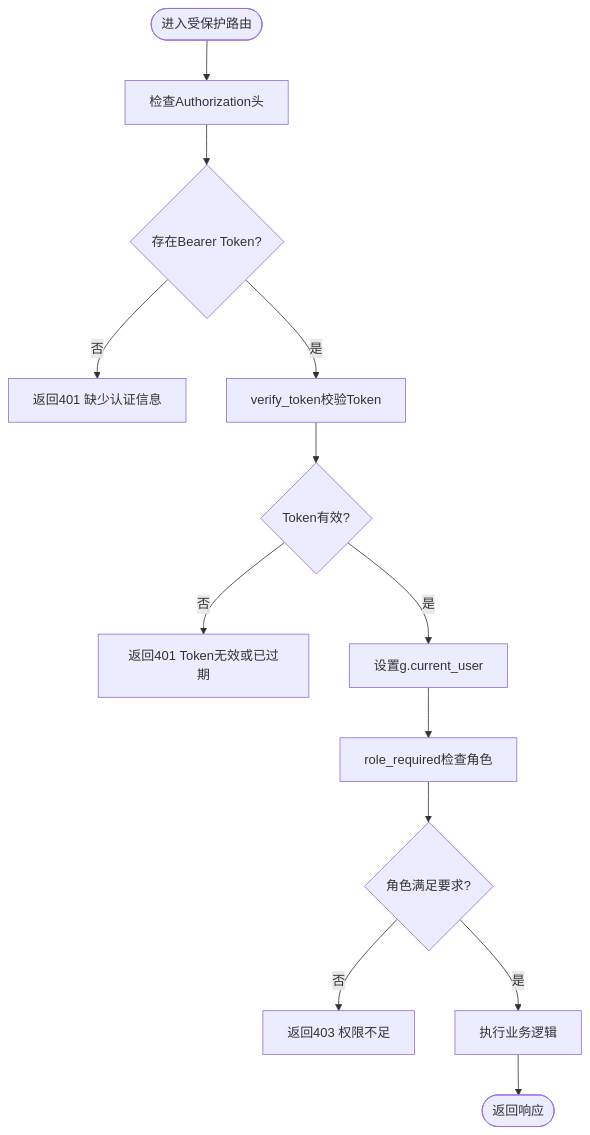
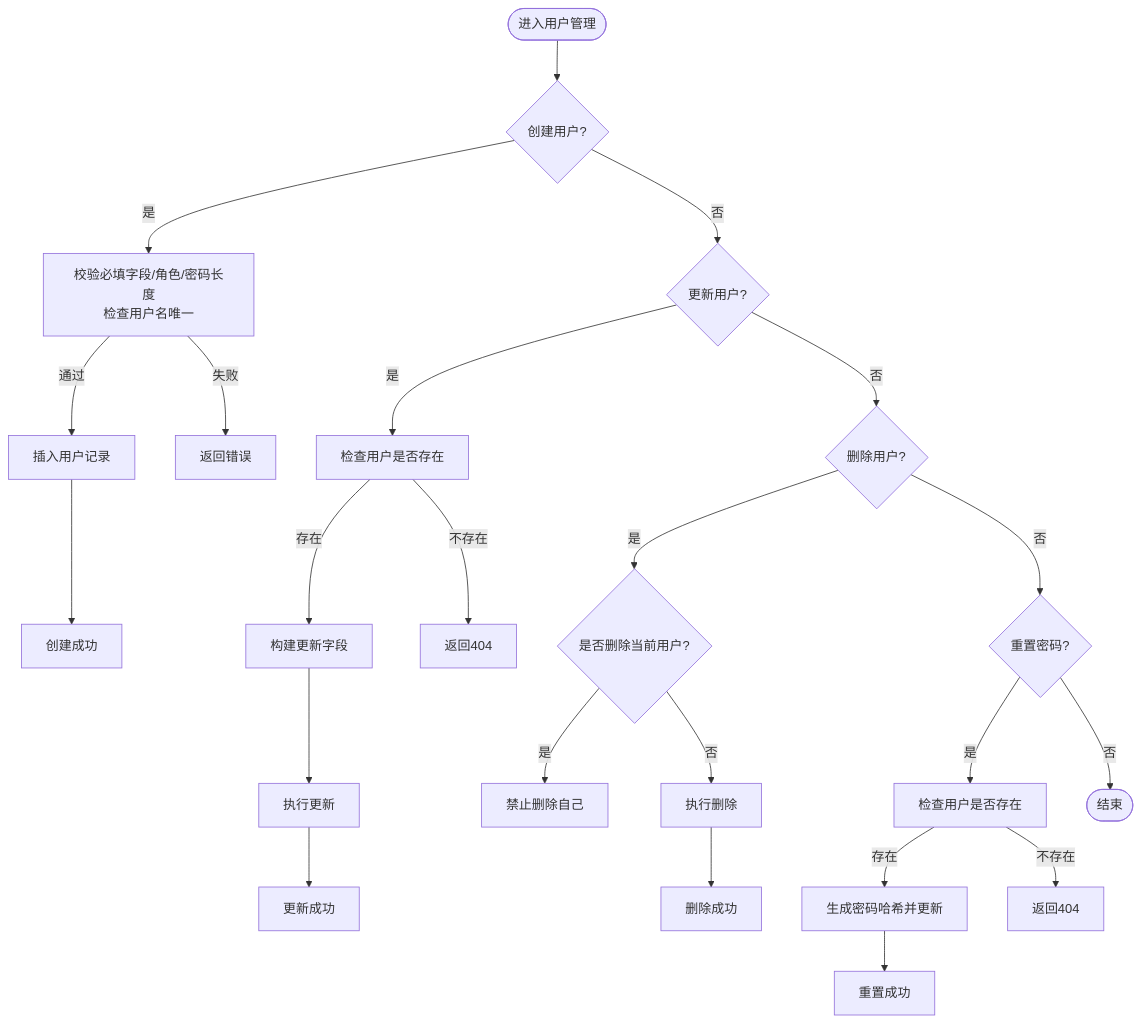
Before and after one commit to ismine3/OPS: the third of 7 diagrams in .qoder/repowiki/zh/content/核心功能模块/用户管理模块.md, drawn with Mermaid. The commit also changed other lines of this file and 109 other files, not shown here.

````diff
--- a/.qoder/repowiki/zh/content/核心功能模块/用户管理模块.md
+++ b/.qoder/repowiki/zh/content/核心功能模块/用户管理模块.md
@@ -181,15 +175,25 @@
 ```mermaid
 flowchart TD
-Start(["进入受保护路由"]) --> CheckAuth["检查Authorization头"]
-CheckAuth --> HasHeader{"存在Bearer Token?"}
-HasHeader --> |否| Return401a["返回401 缺少认证信息"]
-HasHeader --> |是| VerifyToken["verify_token校验Token"]
-VerifyToken --> Valid{"Token有效?"}
-Valid --> |否| Return401b["返回401 Token无效或已过期"]
-Valid --> |是| SetG["设置g.current_user"]
-SetG --> CheckRole["role_required检查角色"]
-CheckRole --> RoleOK{"角色满足要求?"}
-RoleOK --> |否| Return403["返回403 权限不足"]
-RoleOK --> |是| Next["执行业务逻辑"]
-Next --> End(["返回响应"])
+Start(["进入用户管理"]) --> Create{"创建用户?"}
+Create --> |是| Validate["校验必填字段/角色/密码长度<br/>检查用户名唯一"]
+Validate --> |通过| Save["插入用户记录"]
+Validate --> |失败| Err1["返回错误"]
+Save --> Done1["创建成功"]
+Create --> |否| Edit{"更新用户?"}
+Edit --> |是| CheckUser["检查用户是否存在"]
+CheckUser --> |存在| BuildUpdate["构建更新字段"]
+BuildUpdate --> ExecUpdate["执行更新"]
+ExecUpdate --> Done2["更新成功"]
+CheckUser --> |不存在| Err2["返回404"]
+Edit --> |否| Delete{"删除用户?"}
+Delete --> |是| SelfCheck{"是否删除当前用户?"}
+SelfCheck --> |是| Err3["禁止删除自己"]
+SelfCheck --> |否| DelExec["执行删除"]
+DelExec --> Done3["删除成功"]
+Delete --> |否| Reset{"重置密码?"}
+Reset --> |是| CheckUser2["检查用户是否存在"]
+CheckUser2 --> |存在| Hash["生成密码哈希并更新"]
+Hash --> Done4["重置成功"]
+CheckUser2 --> |不存在| Err4["返回404"]
+Reset --> |否| End(["结束"])
 ```
````
